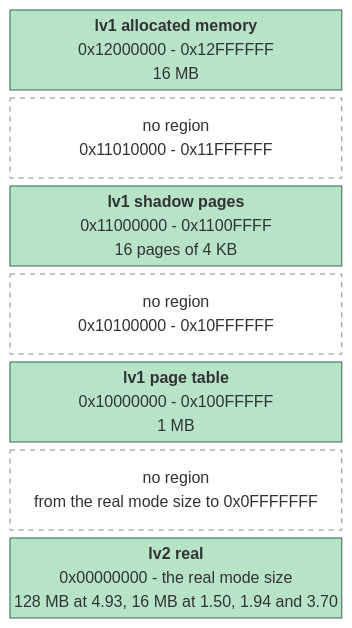
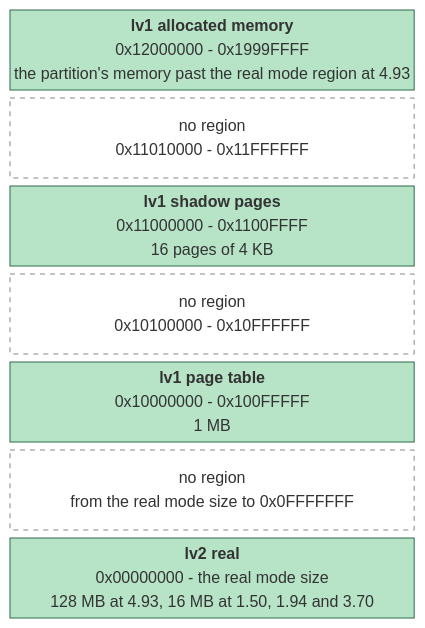
Before and after one commit to RoyalAce22/CellGov: the second of 4 diagrams in docs/architecture/guest_memory.md, drawn with Mermaid. The commit also changed 13 other files, not shown here.

Commit message:
fix(lv1): size region storage to the partition's memory past real mode

````diff
--- a/docs/architecture/guest_memory.md
+++ b/docs/architecture/guest_memory.md
@@ -93,16 +93,16 @@
 ```mermaid
 block-beta
   columns 1
-  alloc["<b>lv1 allocated memory</b><br/>0x12000000 - 0x12FFFFFF<br/>16 MB"]
+  alloc["<b>lv1 allocated memory</b><br/>0x12000000 - 0x1999FFFF<br/>the partition's memory past the real mode region at 4.93"]
   gap3["no region<br/>0x11010000 - 0x11FFFFFF"]
   shadow["<b>lv1 shadow pages</b><br/>0x11000000 - 0x1100FFFF<br/>16 pages of 4 KB"]
   gap2["no region<br/>0x10100000 - 0x10FFFFFF"]
   htab["<b>lv1 page table</b><br/>0x10000000 - 0x100FFFFF<br/>1 MB"]
   gap1["no region<br/>from the real mode size to 0x0FFFFFFF"]
   real["<b>lv2 real</b><br/>0x00000000 - the real mode size<br/>128 MB at 4.93, 16 MB at 1.50, 1.94 and 3.70"]
 
   classDef rw fill:#b7e4c7,stroke:#2d6a4f,color:#000
   classDef gap fill:none,stroke:#888,stroke-dasharray:5 5,color:#888
   class alloc,shadow,htab,real rw
   class gap1,gap2,gap3 gap
 ```
````
